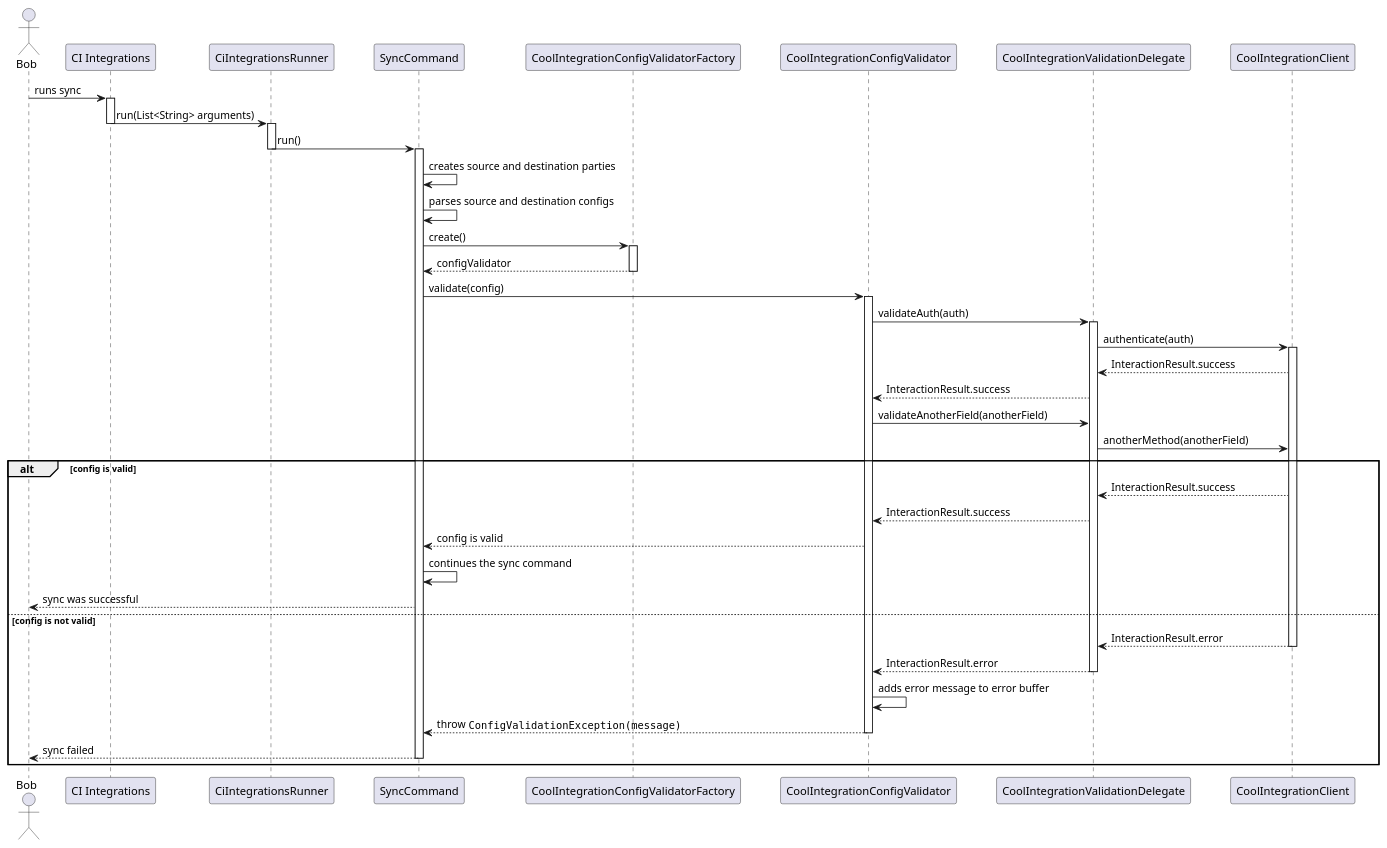
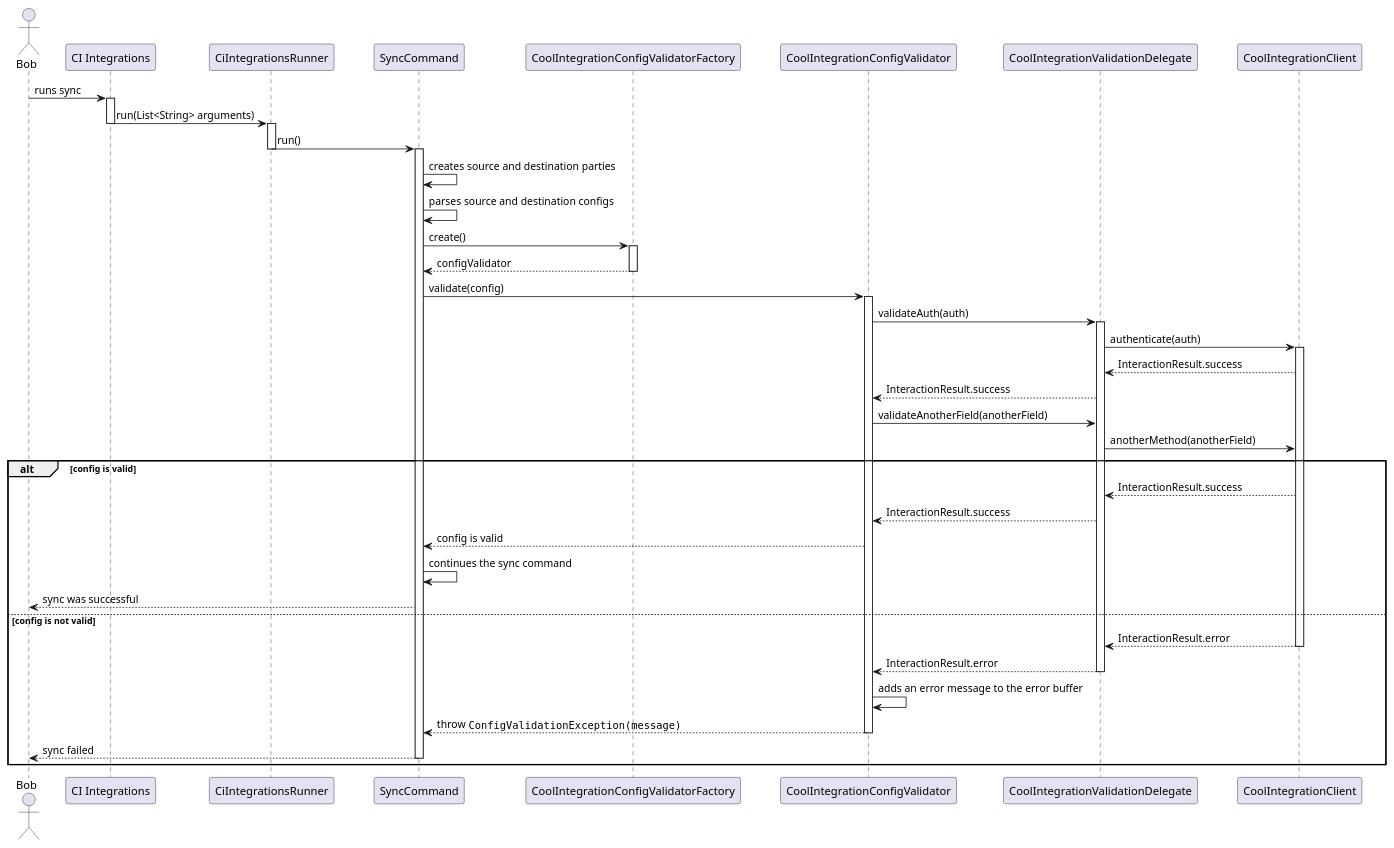
One commit to Flank/flank-dashboard changed the diagram in metrics/ci_integrations/docs/diagrams/ci_integrations_config_validator_sequence_diagram.puml. Above: the diagram before and after it, drawn with PlantUML. The commit also changed 2 other files, not shown here.

```diff
--- a/metrics/ci_integrations/docs/diagrams/ci_integrations_config_validator_sequence_diagram.puml
+++ b/metrics/ci_integrations/docs/diagrams/ci_integrations_config_validator_sequence_diagram.puml
@@ -1,78 +1,78 @@
 @startuml ci_integrations_config_validator_sequence_diagram
 
 skinparam ParticipantPadding 20
 skinparam BoxPadding 10
 
 actor Bob
 
 participant "CI Integrations"
 participant CiIntegrationsRunner
 participant SyncCommand
 participant CoolIntegrationConfigValidatorFactory
 participant CoolIntegrationConfigValidator
 participant CoolIntegrationValidationDelegate
 participant CoolIntegrationClient
 
 Bob -> "CI Integrations" : runs sync
 activate "CI Integrations"
 
 "CI Integrations" -> CiIntegrationsRunner: run(List<String> arguments)
 deactivate "CI Integrations"
 activate CiIntegrationsRunner
 
 CiIntegrationsRunner -> SyncCommand: run()
 deactivate CiIntegrationsRunner
 activate SyncCommand
 
 SyncCommand -> SyncCommand : creates source and destination parties
 SyncCommand -> SyncCommand : parses source and destination configs
 
 SyncCommand -> CoolIntegrationConfigValidatorFactory : create()
 activate CoolIntegrationConfigValidatorFactory
 
 CoolIntegrationConfigValidatorFactory --> SyncCommand : configValidator
 deactivate CoolIntegrationConfigValidatorFactory
 
 SyncCommand -> CoolIntegrationConfigValidator : validate(config)
 activate CoolIntegrationConfigValidator
 
 CoolIntegrationConfigValidator -> CoolIntegrationValidationDelegate : validateAuth(auth)
 activate CoolIntegrationValidationDelegate
 
 CoolIntegrationValidationDelegate -> CoolIntegrationClient : authenticate(auth)
 activate  CoolIntegrationClient
 
 CoolIntegrationClient --> CoolIntegrationValidationDelegate : InteractionResult.success
 CoolIntegrationValidationDelegate --> CoolIntegrationConfigValidator : InteractionResult.success
 
 CoolIntegrationConfigValidator -> CoolIntegrationValidationDelegate : validateAnotherField(anotherField)
 CoolIntegrationValidationDelegate -> CoolIntegrationClient : anotherMethod(anotherField)
 
 alt config is valid
 
     CoolIntegrationClient --> CoolIntegrationValidationDelegate : InteractionResult.success
     CoolIntegrationValidationDelegate --> CoolIntegrationConfigValidator : InteractionResult.success
 
     CoolIntegrationConfigValidator --> SyncCommand : config is valid
     SyncCommand -> SyncCommand : continues the sync command
     SyncCommand --> Bob : sync was successful
 
 else config is not valid
 
     CoolIntegrationClient --> CoolIntegrationValidationDelegate : InteractionResult.error
     deactivate CoolIntegrationClient
 
     CoolIntegrationValidationDelegate --> CoolIntegrationConfigValidator : InteractionResult.error
     deactivate CoolIntegrationValidationDelegate
 
-    CoolIntegrationConfigValidator -> CoolIntegrationConfigValidator : adds error message to error buffer
+    CoolIntegrationConfigValidator -> CoolIntegrationConfigValidator : adds an error message to the error buffer
 
     CoolIntegrationConfigValidator --> SyncCommand : throw ""ConfigValidationException(message)""
     deactivate CoolIntegrationConfigValidator
 
     SyncCommand --> Bob : sync failed
     deactivate SyncCommand
 
 end
 
 @enduml
```
